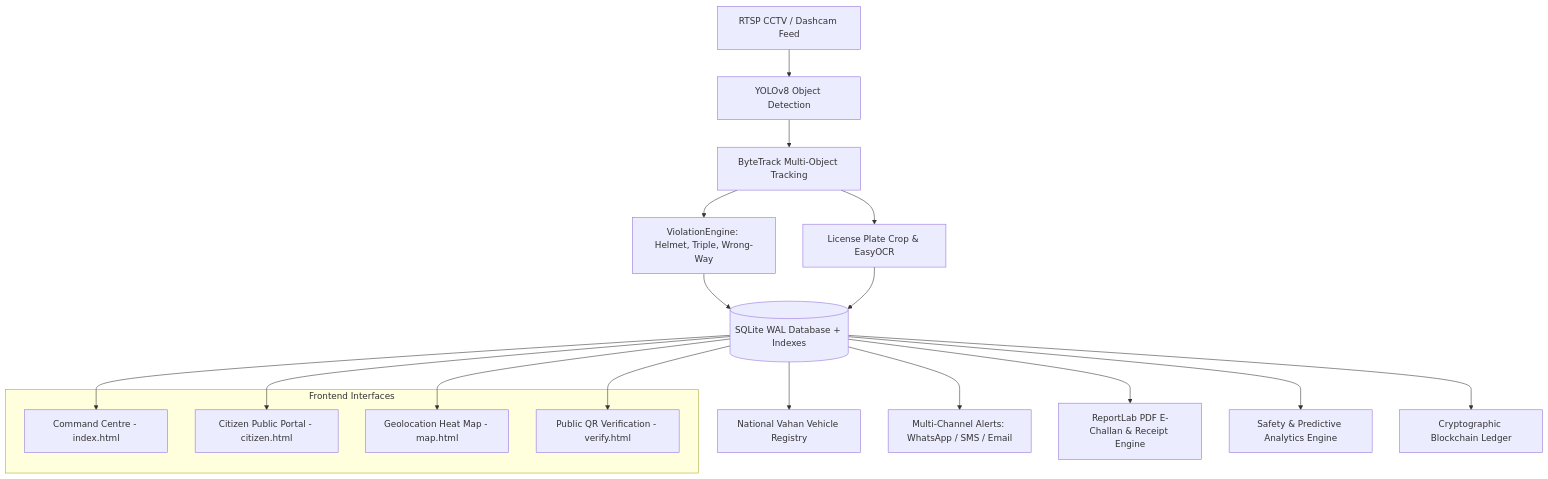
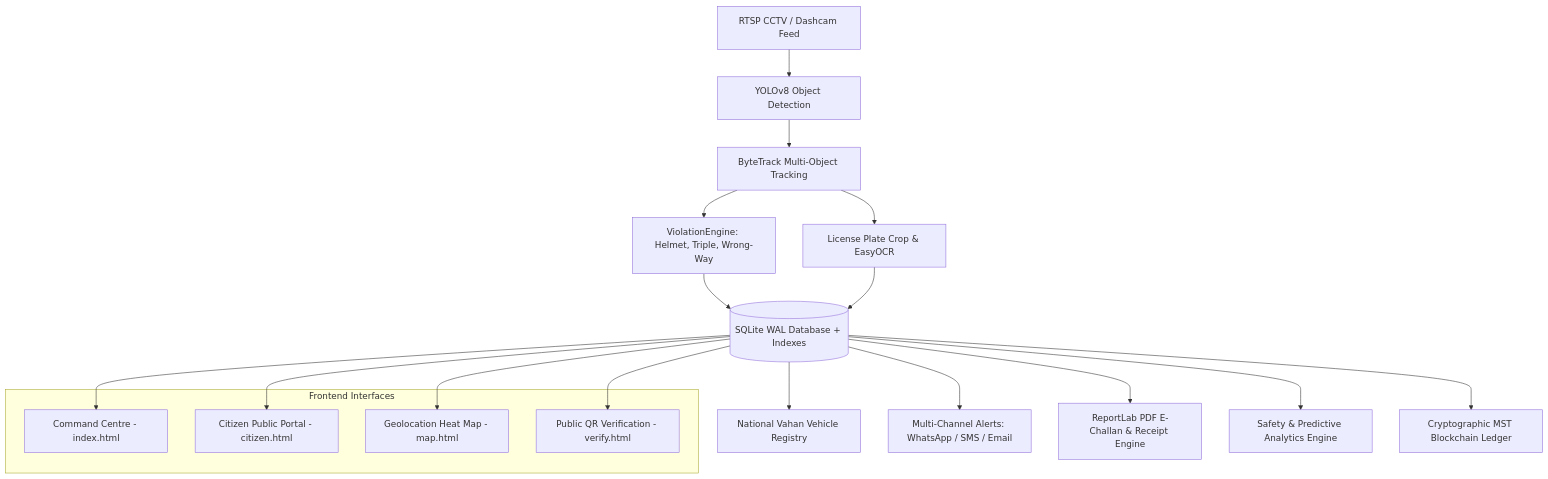
The diagram in README.md (HackIndiaXYZ/hackindia-ai-web3-builders-hackathon-2026-404-brains-not-found), drawn with Mermaid before and after one commit. The commit also changed other lines of this file and 75 other files, not shown here.

````diff
--- a/README.md
+++ b/README.md
@@ -61,26 +61,26 @@
 ```mermaid
 graph TD
     A[RTSP CCTV / Dashcam Feed] --> B[YOLOv8 Object Detection]
     B --> C[ByteTrack Multi-Object Tracking]
     C --> D[ViolationEngine: Helmet, Triple, Wrong-Way]
     C --> E[License Plate Crop & EasyOCR]
     D --> F[(SQLite WAL Database + Indexes)]
     E --> F
     F --> G[National Vahan Vehicle Registry]
     F --> H[Multi-Channel Alerts: WhatsApp / SMS / Email]
     F --> I[ReportLab PDF E-Challan & Receipt Engine]
     F --> J[Safety & Predictive Analytics Engine]
-    F --> K[Cryptographic Blockchain Ledger]
+    F --> K[Cryptographic MST Blockchain Ledger]
     
     subgraph Frontend Interfaces
         L[Command Centre - index.html]
         M[Citizen Public Portal - citizen.html]
         N[Geolocation Heat Map - map.html]
         O[Public QR Verification - verify.html]
     end
     
     F --> L
     F --> M
     F --> N
     F --> O
 ```
````
